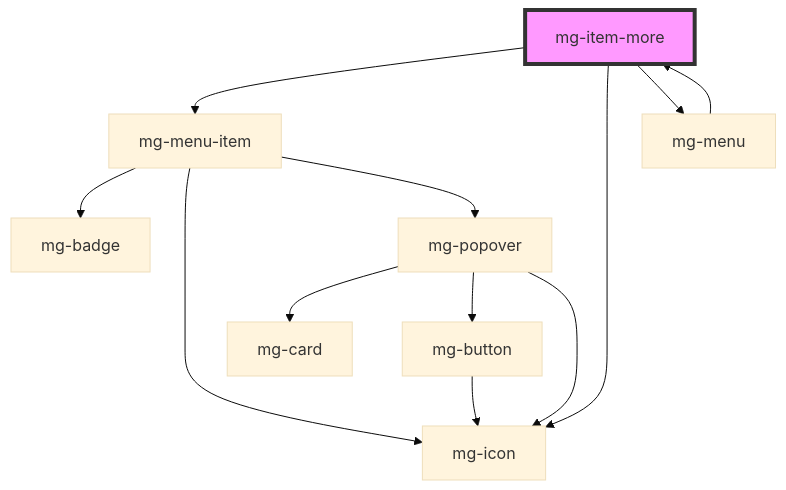
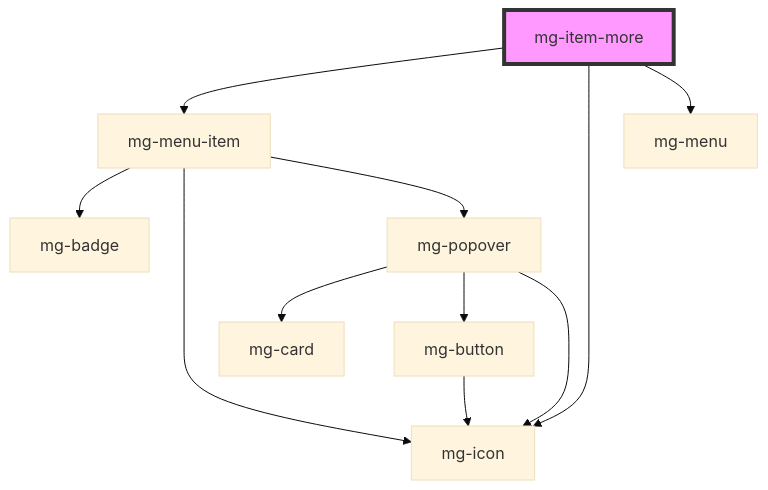
Before and after one commit to MGDIS/mg-components: the diagram in src/components/molecules/mg-item-more/readme.md, drawn with Mermaid (base theme). The commit also changed other lines of this file and 13 other files, not shown here.

First line of the commit message:
feat(mgMenuItemMore): fix circular dependencies and manage parent menu size

````diff
--- a/src/components/molecules/mg-item-more/readme.md
+++ b/src/components/molecules/mg-item-more/readme.md
@@ -30,15 +26,14 @@
 ```mermaid
 graph TD;
   mg-item-more --> mg-menu-item
   mg-item-more --> mg-icon
   mg-item-more --> mg-menu
   mg-menu-item --> mg-badge
   mg-menu-item --> mg-icon
   mg-menu-item --> mg-popover
   mg-popover --> mg-card
   mg-popover --> mg-button
   mg-popover --> mg-icon
   mg-button --> mg-icon
-  mg-menu --> mg-item-more
   style mg-item-more fill:#f9f,stroke:#333,stroke-width:4px
 ```
````
